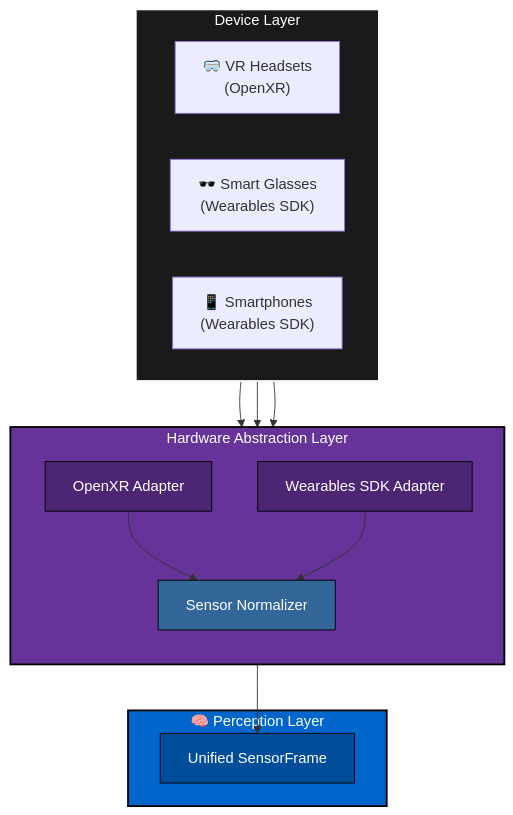
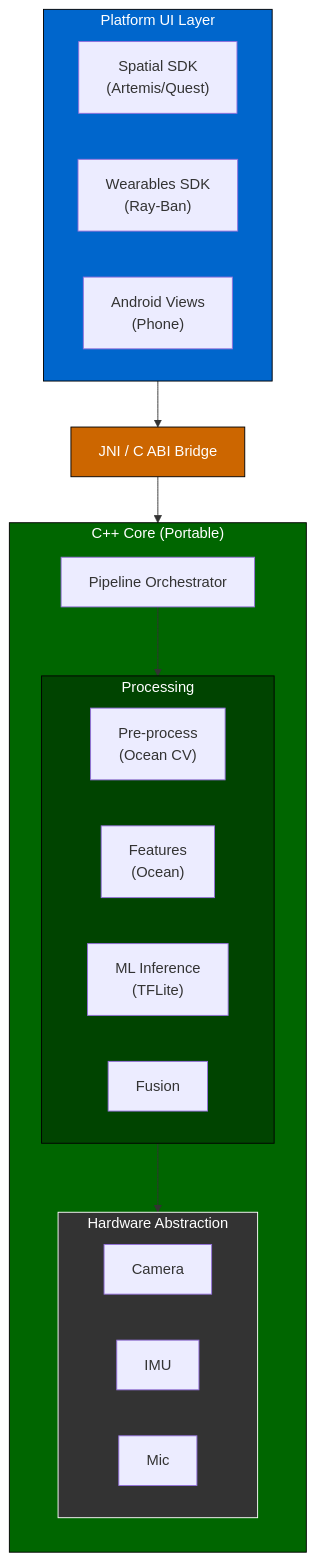
Before and after one commit to albertocutone/secondSight: the fourth of 4 diagrams in doc/design.md, drawn with Mermaid. The commit also changed other lines of this file and 17 other files, not shown here.

````diff
--- a/doc/design.md
+++ b/doc/design.md
@@ -737,35 +745,42 @@
 ```mermaid
 flowchart TB
-    subgraph DEVICES["Device Layer"]
+    subgraph PLATFORM["Platform UI Layer"]
         direction LR
-        VR["🥽 VR Headsets<br/>(OpenXR)"]
-        GLASSES["🕶️ Smart Glasses<br/>(Wearables SDK)"]
-        PHONE["📱 Smartphones<br/>(Wearables SDK)"]
+        SPATIAL["Spatial SDK<br/>(Artemis/Quest)"]
+        WEARABLES["Wearables SDK<br/>(Ray-Ban)"]
+        ANDROID["Android Views<br/>(Phone)"]
     end
 
-    subgraph HAL["Hardware Abstraction Layer"]
+    BRIDGE["JNI / C ABI Bridge"]
+
+    subgraph CORE["C++ Core (Portable)"]
         direction TB
-        VR_ADAPTER["OpenXR Adapter"]
-        WEAR_ADAPTER["Wearables SDK Adapter"]
-        NORMALIZER["Sensor Normalizer"]
+        ORCH["Pipeline Orchestrator"]
+
+        subgraph PROCESSING["Processing"]
+            direction LR
+            PRE["Pre-process<br/>(Ocean CV)"]
+            FEAT["Features<br/>(Ocean)"]
+            ML["ML Inference<br/>(TFLite)"]
+            FUSE["Fusion"]
+        end
+
+        subgraph HAL["Hardware Abstraction"]
+            direction LR
+            CAM["Camera"]
+            IMU["IMU"]
+            MIC["Mic"]
+        end
     end
 
-    subgraph PERCEPTION["🧠 Perception Layer"]
-        UNIFIED["Unified SensorFrame"]
-    end
+    PLATFORM --> BRIDGE
+    BRIDGE --> ORCH
+    ORCH --> PROCESSING
+    PROCESSING --> HAL
 
-    VR --> VR_ADAPTER
-    GLASSES --> WEAR_ADAPTER
-    PHONE --> WEAR_ADAPTER
-    VR_ADAPTER --> NORMALIZER
-    WEAR_ADAPTER --> NORMALIZER
-    NORMALIZER --> UNIFIED
-
-    style HAL fill:#663399,stroke:#000,stroke-width:2px,color:#fff
-    style VR_ADAPTER fill:#4d2673,stroke:#000,color:#fff
-    style WEAR_ADAPTER fill:#4d2673,stroke:#000,color:#fff
-    style NORMALIZER fill:#336699,stroke:#000,color:#fff
-    style PERCEPTION fill:#0066cc,stroke:#000,stroke-width:2px,color:#fff
-    style UNIFIED fill:#004d99,stroke:#000,color:#fff
-    style DEVICES fill:#1a1a1a,stroke:#fff,stroke-width:2px,color:#fff
+    style PLATFORM fill:#0066cc,stroke:#000,color:#fff
+    style BRIDGE fill:#cc6600,stroke:#000,color:#fff
+    style CORE fill:#006600,stroke:#000,color:#fff
+    style PROCESSING fill:#004400,stroke:#000,color:#fff
+    style HAL fill:#333,stroke:#fff,color:#fff
 ```
````
